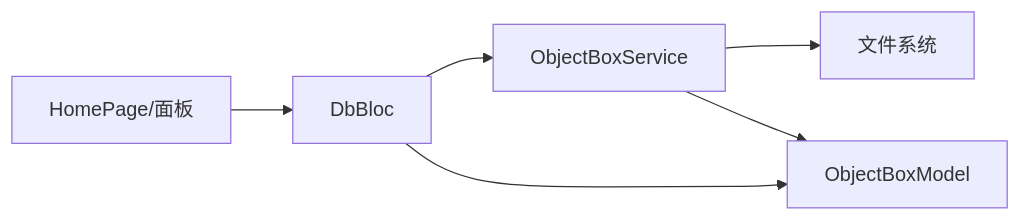
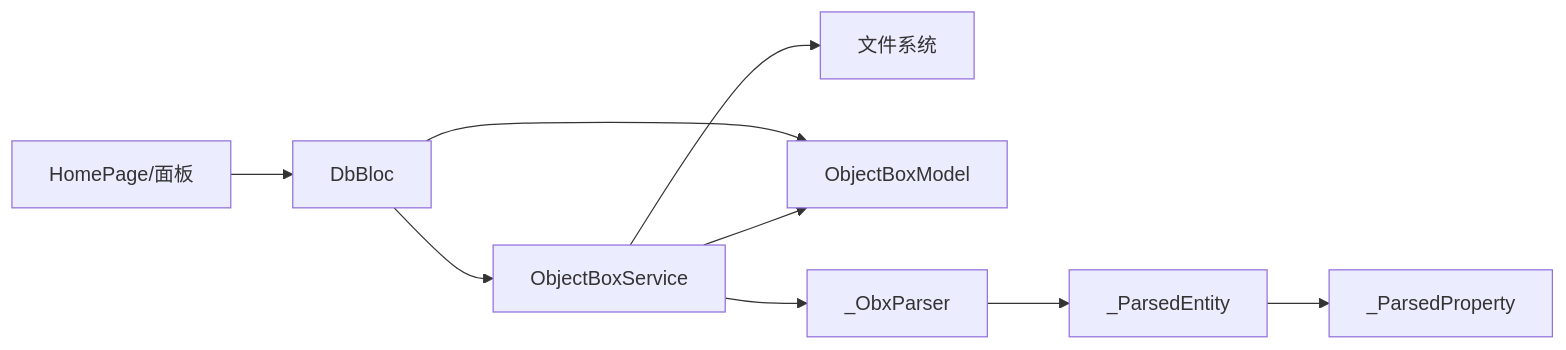
The fifth of 5 diagrams in .qoder/repowiki/zh/content/核心功能/数据库管理.md (kongpf8848/objectbox_viewer), drawn with Mermaid before and after one commit. The commit also changed other lines of this file and 22 other files, not shown here.

````diff
--- a/.qoder/repowiki/zh/content/核心功能/数据库管理.md
+++ b/.qoder/repowiki/zh/content/核心功能/数据库管理.md
@@ -245,8 +285,11 @@
 ```mermaid
 graph LR
 UI["HomePage/面板"] --> BLOC["DbBloc"]
 BLOC --> SVC["ObjectBoxService"]
 SVC --> FS["文件系统"]
 BLOC --> MODEL["ObjectBoxModel"]
 SVC --> MODEL
+SVC --> PARSER["_ObxParser"]
+PARSER --> PENTITY["_ParsedEntity"]
+PENTITY --> PPROP["_ParsedProperty"]
 ```
````
